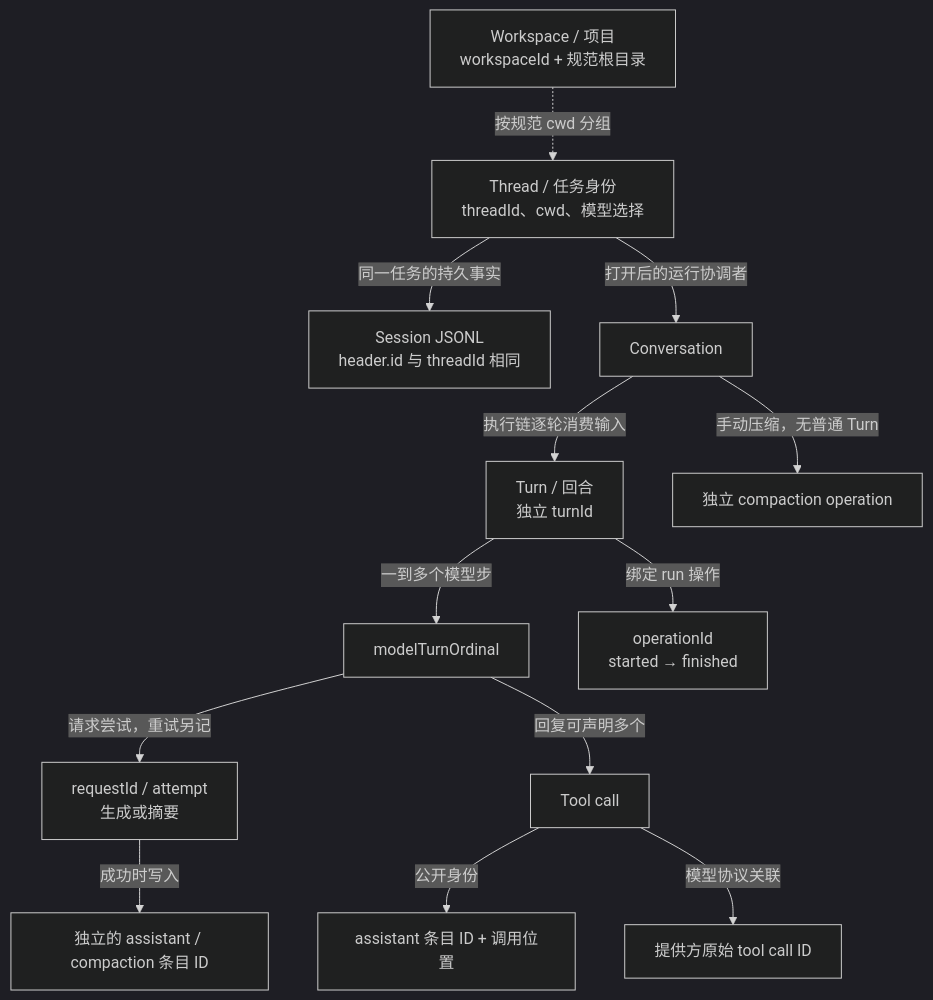
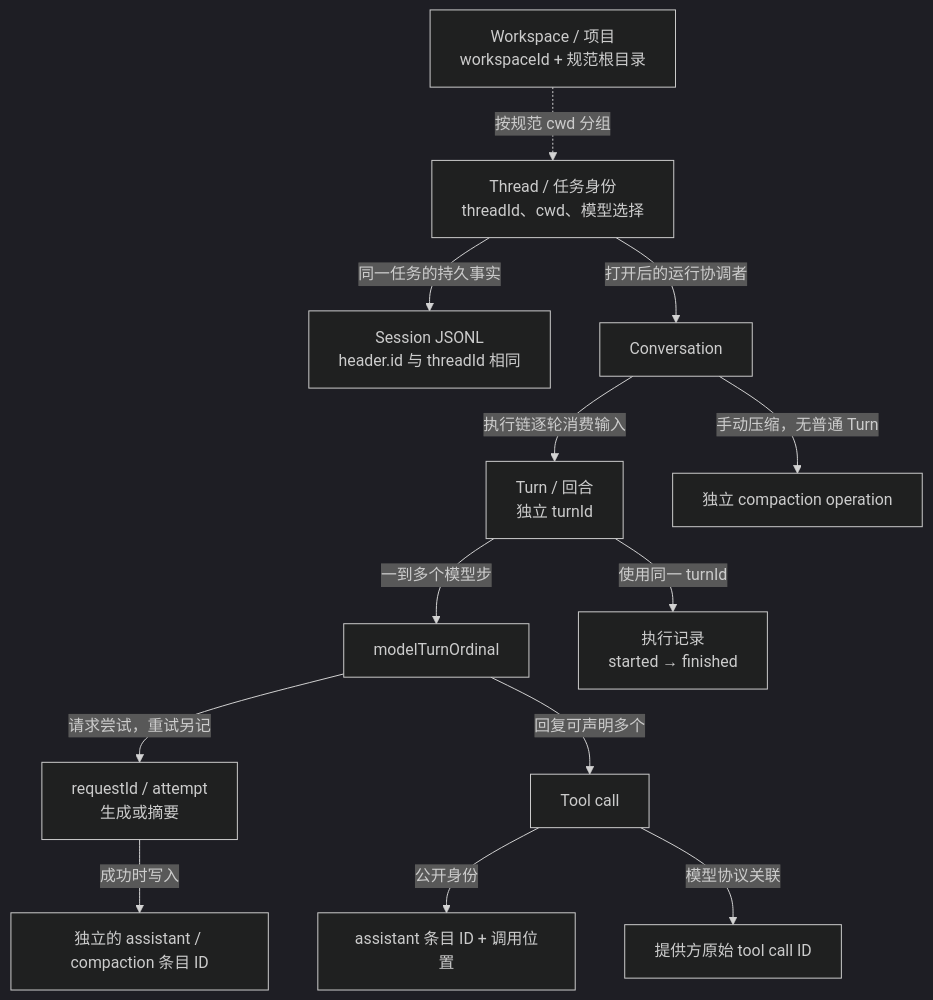
One commit to qjcnmd/singularity-agent changed the fourth of 29 diagrams in docs/architecture.md. Above: the diagram before and after it, drawn with Mermaid (dark theme). The commit also changed other lines of this file and 137 other files, not shown here.

````diff
--- a/docs/architecture.md
+++ b/docs/architecture.md
@@ -112,15 +112,15 @@
 ```mermaid
 flowchart TB
     Workspace["Workspace / 项目<br/>workspaceId + 规范根目录"] -. "按规范 cwd 分组" .-> Thread["Thread / 任务身份<br/>threadId、cwd、模型选择"]
     Thread -->|"同一任务的持久事实"| Session["Session JSONL<br/>header.id 与 threadId 相同"]
     Thread -->|"打开后的运行协调者"| Conversation["Conversation"]
     Conversation -->|"执行链逐轮消费输入"| Turn["Turn / 回合<br/>独立 turnId"]
     Turn -->|"一到多个模型步"| Step["modelTurnOrdinal"]
     Step -->|"请求尝试，重试另记"| Request["requestId / attempt<br/>生成或摘要"]
     Request -->|"成功时写入"| Result["独立的 assistant / compaction 条目 ID"]
     Step -->|"回复可声明多个"| Call["Tool call"]
     Call -->|"公开身份"| PublicID["assistant 条目 ID + 调用位置"]
     Call -->|"模型协议关联"| ProviderID["提供方原始 tool call ID"]
-    Turn -->|"绑定 run 操作"| Operation["operationId<br/>started → finished"]
+    Turn -->|"使用同一 turnId"| Operation["执行记录<br/>started → finished"]
     Conversation -->|"手动压缩，无普通 Turn"| CompactOp["独立 compaction operation"]
 ```
````
